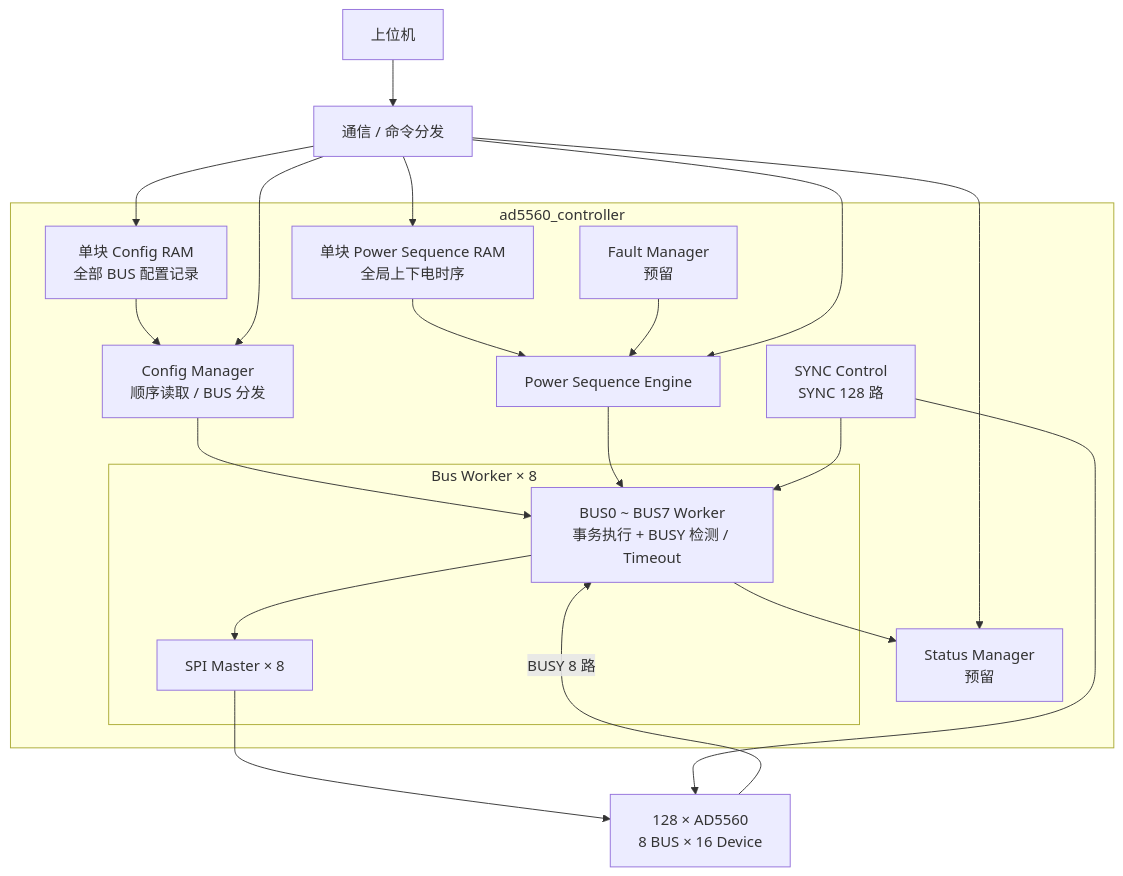
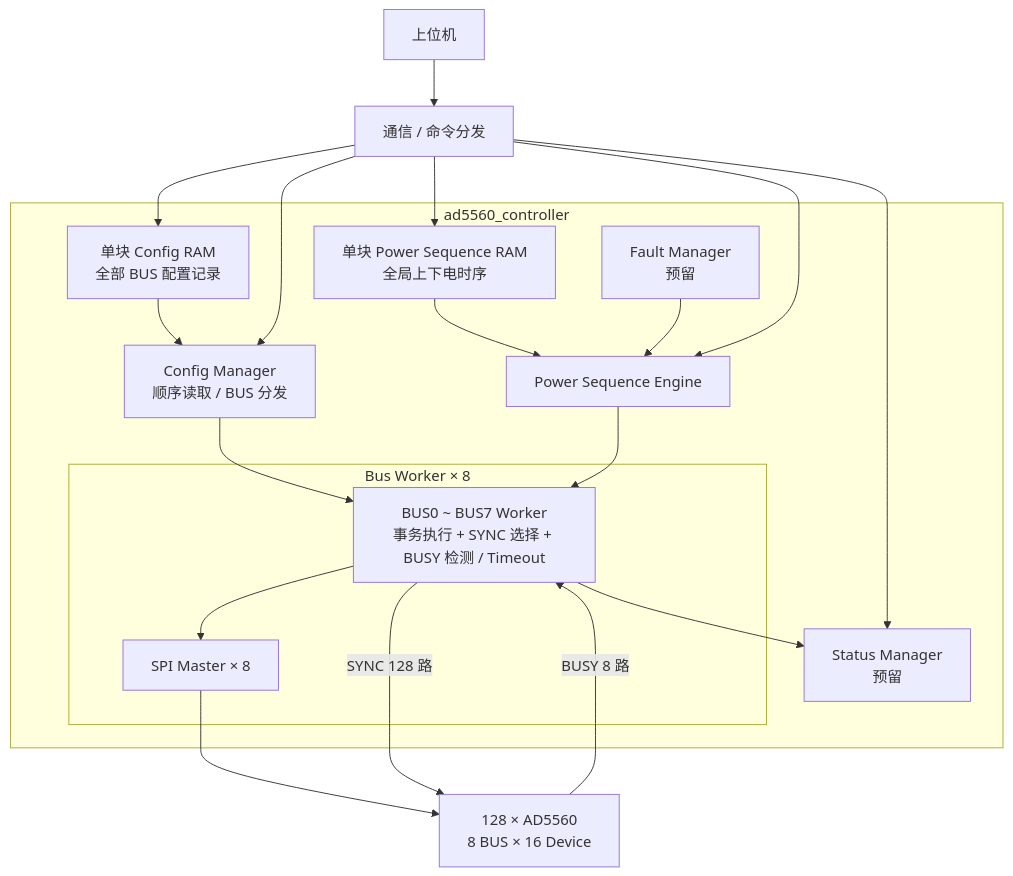
One commit to hhanghhhhh/hbm_proj changed the diagram in AD5560/SYSTEM_ARCHITECTURE.md. Above: the diagram before and after it, drawn with Mermaid. The commit also changed other lines of this file, not shown here.

Commit message:
docs: move SYNC control into bus workers

````diff
--- a/AD5560/SYSTEM_ARCHITECTURE.md
+++ b/AD5560/SYSTEM_ARCHITECTURE.md
@@ -143,46 +158,44 @@
 ```mermaid
 flowchart TB
     PC[上位机]
     COMM[通信 / 命令分发]
 
     subgraph CTRL[ad5560_controller]
         CRAM[单块 Config RAM\n全部 BUS 配置记录]
         CM[Config Manager\n顺序读取 / BUS 分发]
 
         PSRAM[单块 Power Sequence RAM\n全局上下电时序]
         PSE[Power Sequence Engine]
 
-        SC[SYNC Control\nSYNC 128 路]
         FM[Fault Manager\n预留]
         SM[Status Manager\n预留]
 
         subgraph BUS[Bus Worker × 8]
-            BW[BUS0 ~ BUS7 Worker\n事务执行 + BUSY 检测 / Timeout]
+            BW[BUS0 ~ BUS7 Worker\n事务执行 + SYNC 选择 + BUSY 检测 / Timeout]
             SPI[SPI Master × 8]
             BW --> SPI
         end
 
         CRAM --> CM
         CM --> BW
 
         PSRAM --> PSE
         PSE --> BW
 
-        SC --> BW
         BW --> SM
         FM --> PSE
     end
 
     DEV[128 × AD5560\n8 BUS × 16 Device]
 
     PC --> COMM
     COMM --> CRAM
     COMM --> CM
     COMM --> PSRAM
     COMM --> PSE
     COMM --> SM
 
     SPI --> DEV
-    SC --> DEV
+    BW -->|SYNC 128 路| DEV
     DEV -->|BUSY 8 路| BW
 ```
````
